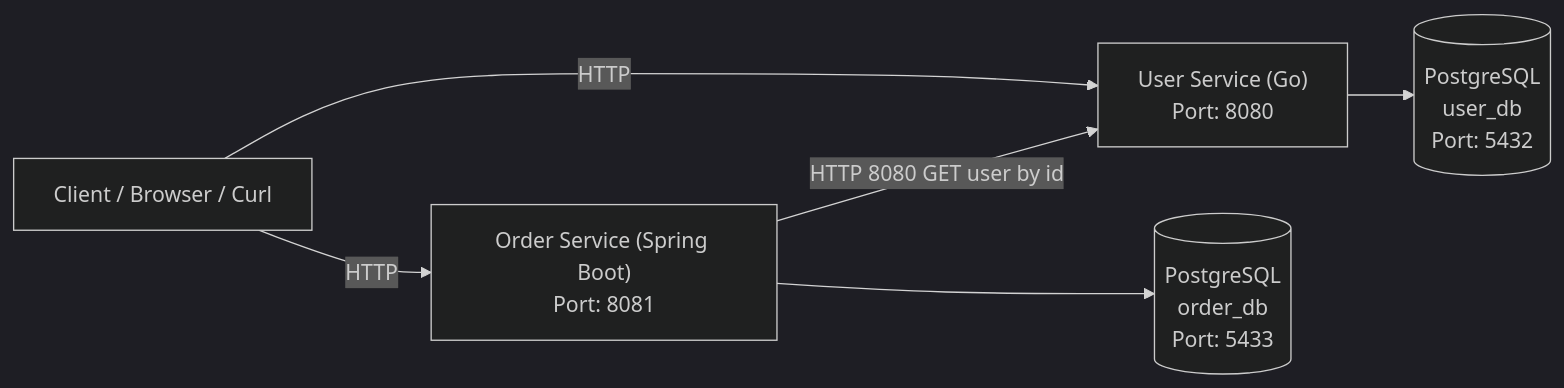
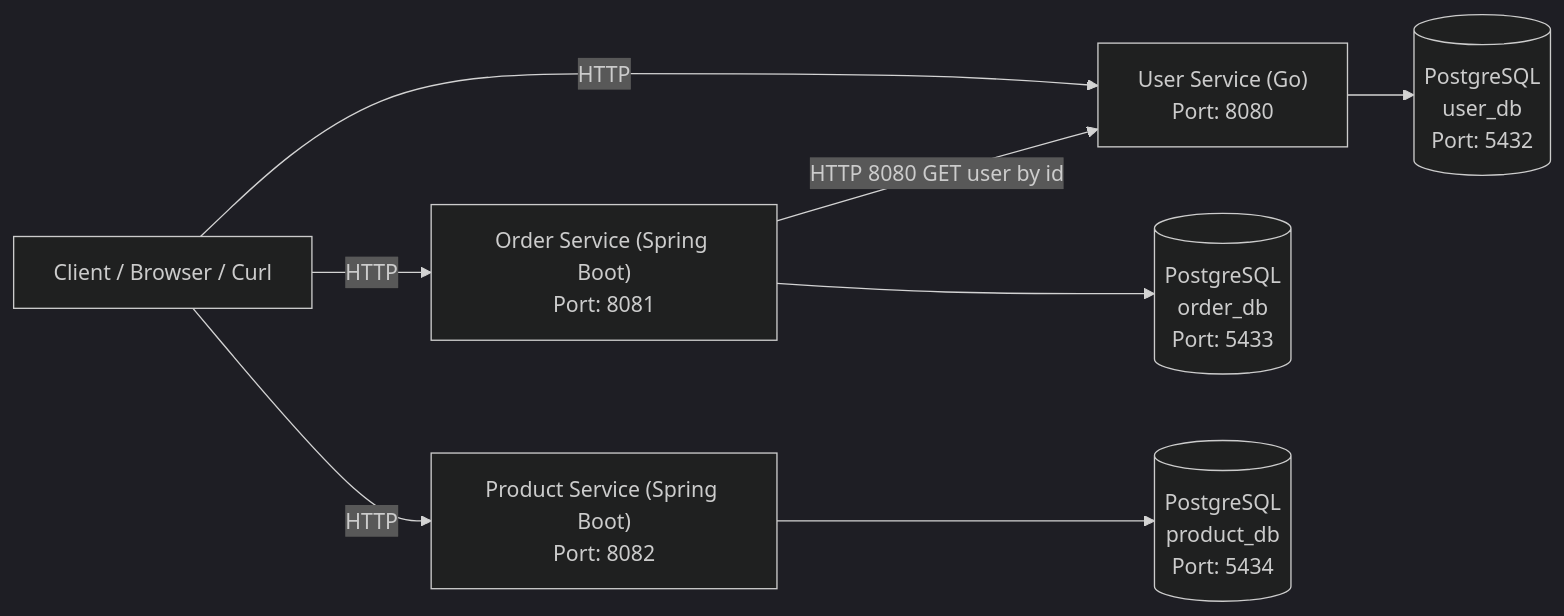
Before and after one commit to NT114-Q21-Specialized-Project/mini-ecommerce-microservices: the diagram in README.md, drawn with Mermaid (dark theme). The commit also changed other lines of this file and 9 other files, not shown here.

Commit message:
feat: add product service with PostgreSQL and update architecture docs

````diff
--- a/README.md
+++ b/README.md
@@ -23,19 +23,22 @@
 ```mermaid
 flowchart LR
     Client[Client / Browser / Curl]
 
     UserService["User Service (Go)<br/>Port: 8080"]
     OrderService["Order Service (Spring Boot)<br/>Port: 8081"]
+    ProductService["Product Service (Spring Boot)<br/>Port: 8082"]
 
     UserDB[(PostgreSQL<br/>user_db<br/>Port: 5432)]
     OrderDB[(PostgreSQL<br/>order_db<br/>Port: 5433)]
+    ProductDB[(PostgreSQL<br/>product_db<br/>Port: 5434)]
 
     Client -->|HTTP| UserService
     Client -->|HTTP| OrderService
+    Client -->|HTTP| ProductService
 
     OrderService -->|HTTP 8080 GET user by id| UserService
 
     UserService --> UserDB
     OrderService --> OrderDB
-
+    ProductService --> ProductDB
 ```
````
